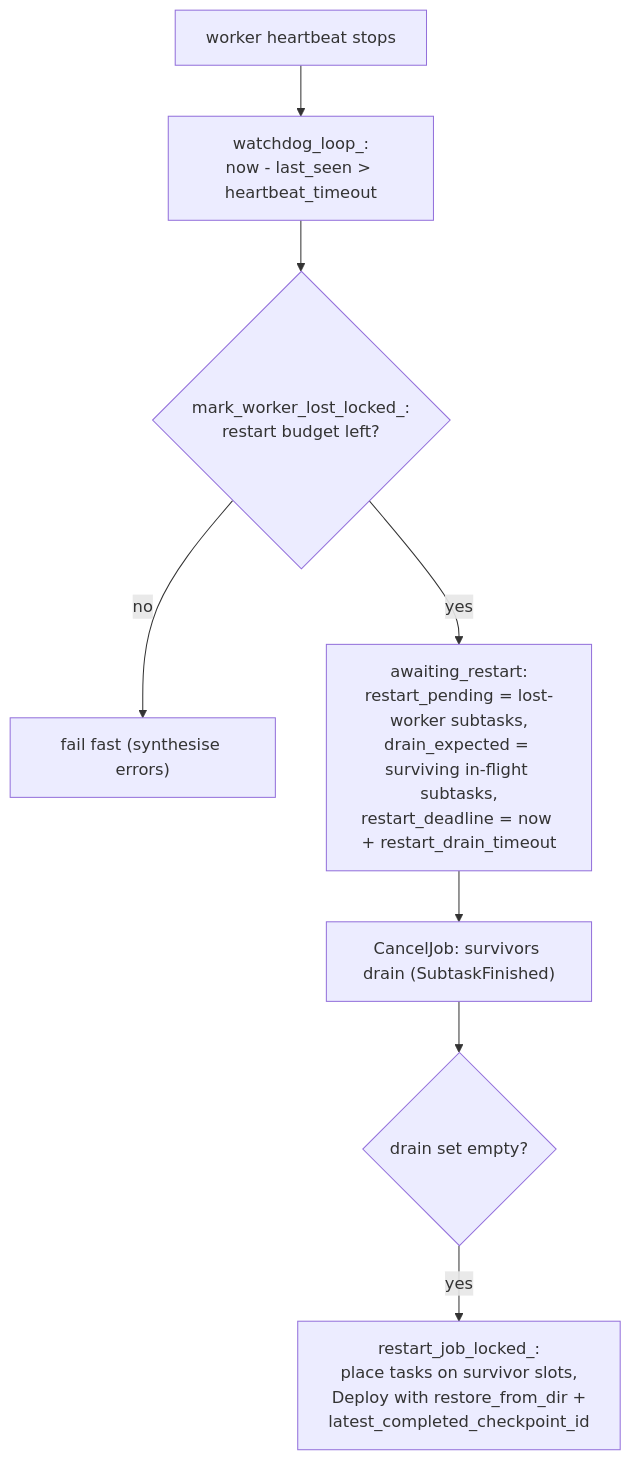
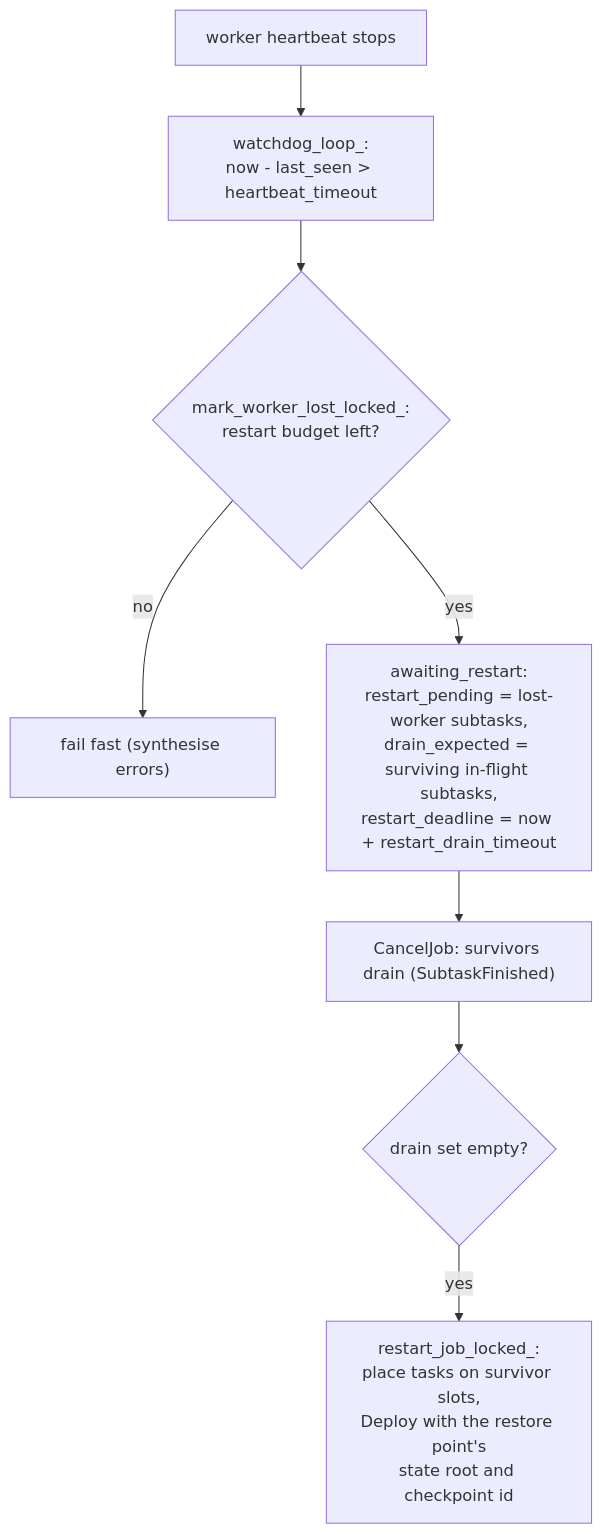
The first of 2 diagrams in docs/internals/fault-tolerance-and-rescale.md (orhaugh/clink), drawn with Mermaid before and after one commit. The commit also changed other lines of this file and 38 other files, not shown here.

````diff
--- a/docs/internals/fault-tolerance-and-rescale.md
+++ b/docs/internals/fault-tolerance-and-rescale.md
@@ -40,10 +40,10 @@
 ```mermaid
 flowchart TD
   HB["worker heartbeat stops"] --> WD["watchdog_loop_:<br/>now - last_seen &gt; heartbeat_timeout"]
   WD --> ML{"mark_worker_lost_locked_:<br/>restart budget left?"}
   ML -->|no| FF["fail fast (synthesise errors)"]
   ML -->|yes| AR["awaiting_restart:<br/>restart_pending = lost-worker subtasks,<br/>drain_expected = surviving in-flight subtasks,<br/>restart_deadline = now + restart_drain_timeout"]
   AR --> CJ["CancelJob: survivors drain (SubtaskFinished)"]
   CJ --> DE{"drain set empty?"}
-  DE -->|yes| RJ["restart_job_locked_:<br/>place tasks on survivor slots,<br/>Deploy with restore_from_dir +<br/>latest_completed_checkpoint_id"]
+  DE -->|yes| RJ["restart_job_locked_:<br/>place tasks on survivor slots,<br/>Deploy with the restore point's<br/>state root and checkpoint id"]
 ```
````
